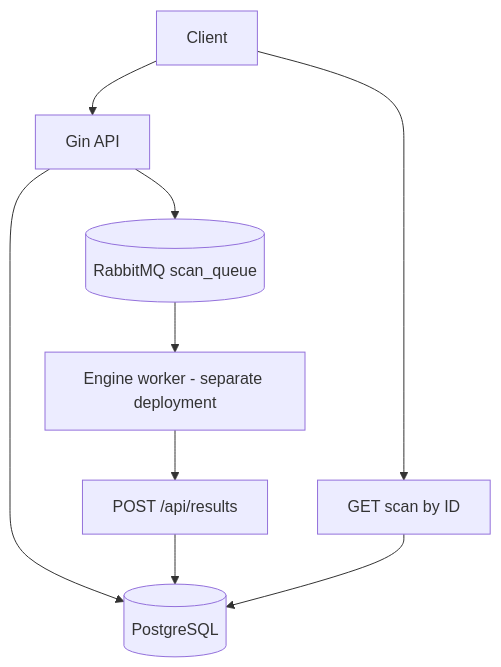
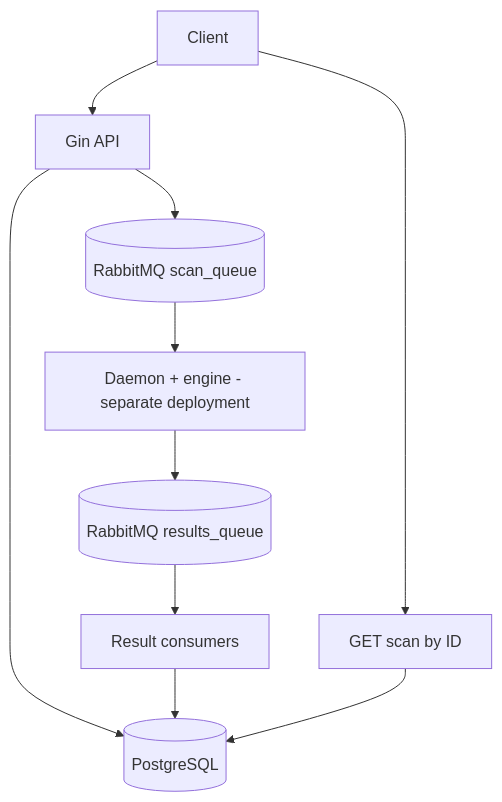
The diagram in docs/Backend/README.md (prawo-i-piesc/backend-antiginx), drawn with Mermaid before and after one commit. The commit also changed other lines of this file and 24 other files, not shown here.

````diff
--- a/docs/Backend/README.md
+++ b/docs/Backend/README.md
@@ -7,11 +7,12 @@
 ```mermaid
 graph TD
     Client[Client] --> API[Gin API]
     API --> DB[(PostgreSQL)]
     API --> MQ[(RabbitMQ scan_queue)]
-    MQ --> Engine[Engine worker - separate deployment]
-    Engine --> Callback[POST /api/results]
-    Callback --> DB
+    MQ --> Daemon[Daemon + engine - separate deployment]
+    Daemon --> Results[(RabbitMQ results_queue)]
+    Results --> Consumer[Result consumers]
+    Consumer --> DB
     Client --> Poll[GET scan by ID]
     Poll --> DB
 ```
````
